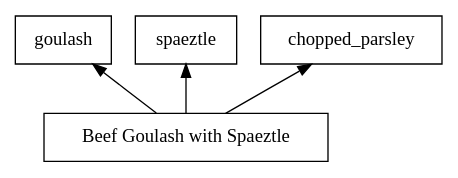
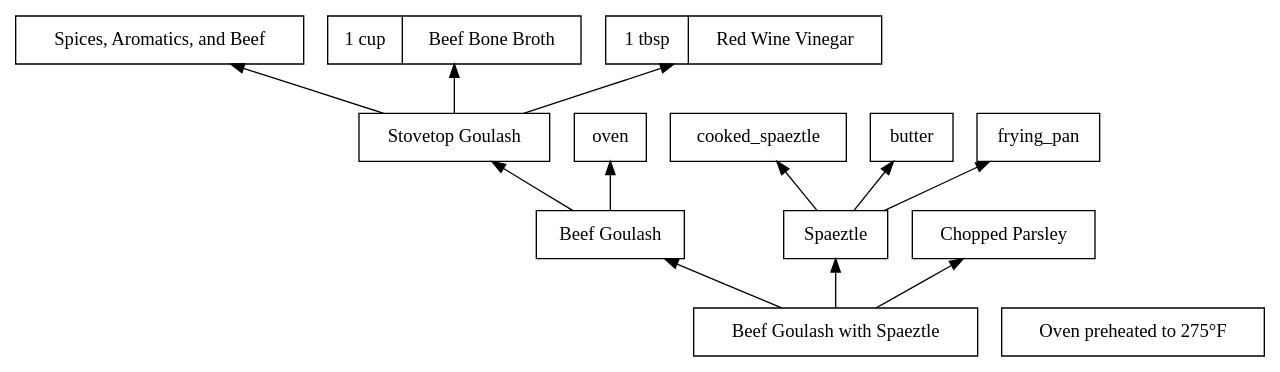
One commit to isaacsanders/recipes-as-dependency-graphs changed the diagram in nourished-kitchen/goulash-with-spaetzle/recipe.dot. Above: the diagram before and after it, drawn with Graphviz.

```diff
--- a/nourished-kitchen/goulash-with-spaetzle/recipe.dot
+++ b/nourished-kitchen/goulash-with-spaetzle/recipe.dot
@@ -1,8 +1,24 @@
 digraph recipe {
   rankdir=BT;
   node [shape=record];
+  browning_goulash [label="Spices, Aromatics, and Beef"];
+  beef_bone_broth [label="1 cup|Beef Bone Broth"];
+  vinegar [label="1 tbsp|Red Wine Vinegar"];
+  stovetop_goulash [label="Stovetop Goulash"];
+  stovetop_goulash -> browning_goulash;
+  stovetop_goulash -> beef_bone_broth;
+  stovetop_goulash -> vinegar;
+  over [label="Oven preheated to 275°F"];
+  goulash [label="Beef Goulash"];
+  goulash -> stovetop_goulash;
+  goulash -> oven;
+  spaeztle [label="Spaeztle"];
+  spaeztle -> cooked_spaeztle;
+  spaeztle -> butter;
+  spaeztle -> frying_pan;
+  chopped_parsley [label="Chopped Parsley"];
   goulash_with_spaeztle [label="Beef Goulash with Spaeztle"];
   goulash_with_spaeztle -> goulash;
   goulash_with_spaeztle -> spaeztle;
   goulash_with_spaeztle -> chopped_parsley;
 }
```
